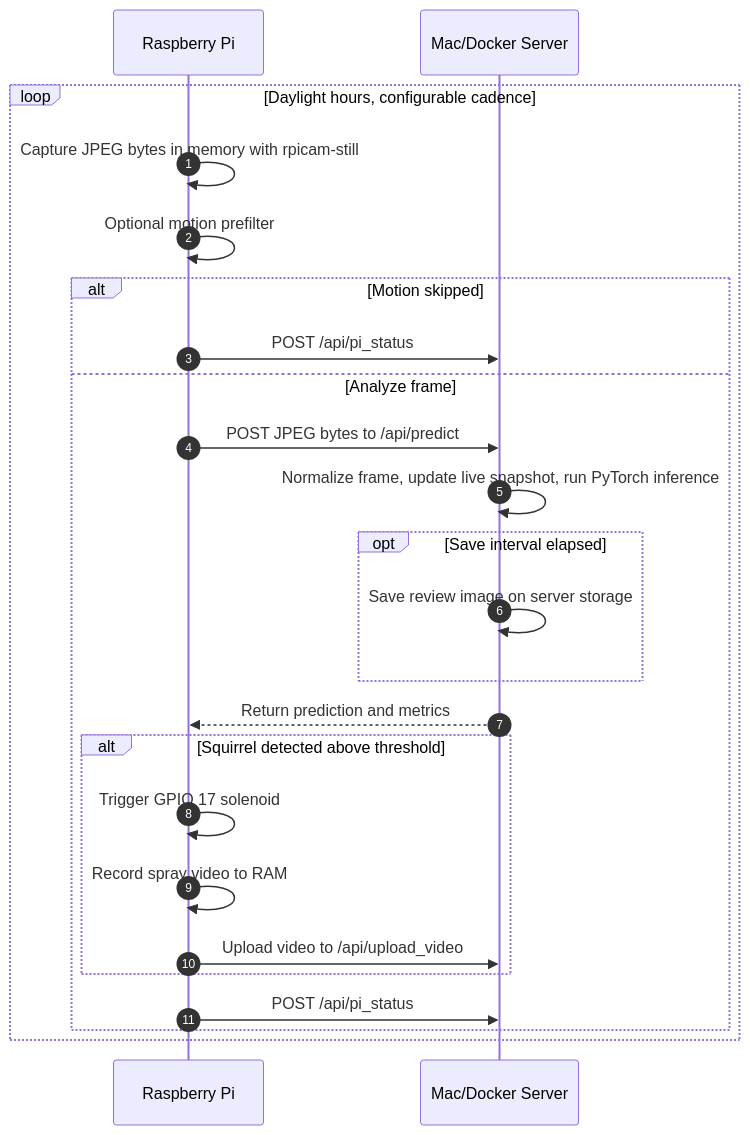
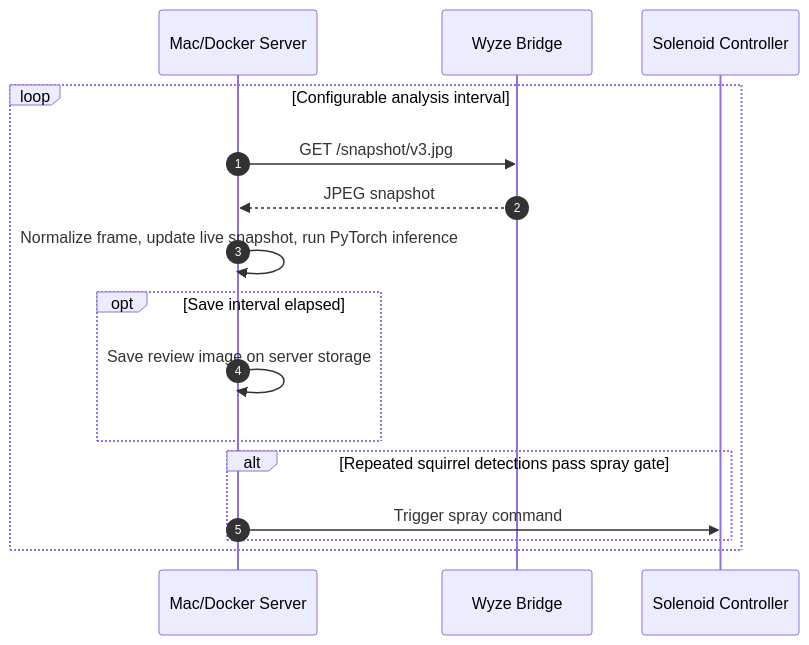
One commit to nkgilley/squirrel-soaker changed the diagram in README.md. Above: the diagram before and after it, drawn with Mermaid. The commit also changed other lines of this file and 2 other files, not shown here.

Commit message:
Use Wyze snapshot feed as camera source

````diff
--- a/README.md
+++ b/README.md
@@ -16,24 +17,15 @@
 ```mermaid
 sequenceDiagram
     autonumber
-    loop Daylight hours, configurable cadence
-        Raspberry Pi->>Raspberry Pi: Capture JPEG bytes in memory with rpicam-still
-        Raspberry Pi->>Raspberry Pi: Optional motion prefilter
-        alt Motion skipped
-            Raspberry Pi->>Mac/Docker Server: POST /api/pi_status
-        else Analyze frame
-            Raspberry Pi->>Mac/Docker Server: POST JPEG bytes to /api/predict
-            Mac/Docker Server->>Mac/Docker Server: Normalize frame, update live snapshot, run PyTorch inference
-            opt Save interval elapsed
-                Mac/Docker Server->>Mac/Docker Server: Save review image on server storage
-            end
-            Mac/Docker Server-->>Raspberry Pi: Return prediction and metrics
-            alt Squirrel detected above threshold
-                Raspberry Pi->>Raspberry Pi: Trigger GPIO 17 solenoid
-                Raspberry Pi->>Raspberry Pi: Record spray video to RAM
-                Raspberry Pi->>Mac/Docker Server: Upload video to /api/upload_video
-            end
-            Raspberry Pi->>Mac/Docker Server: POST /api/pi_status
+    loop Configurable analysis interval
+        Mac/Docker Server->>Wyze Bridge: GET /snapshot/v3.jpg
+        Wyze Bridge-->>Mac/Docker Server: JPEG snapshot
+        Mac/Docker Server->>Mac/Docker Server: Normalize frame, update live snapshot, run PyTorch inference
+        opt Save interval elapsed
+            Mac/Docker Server->>Mac/Docker Server: Save review image on server storage
+        end
+        alt Repeated squirrel detections pass spray gate
+            Mac/Docker Server->>Solenoid Controller: Trigger spray command
         end
     end
 ```
````
